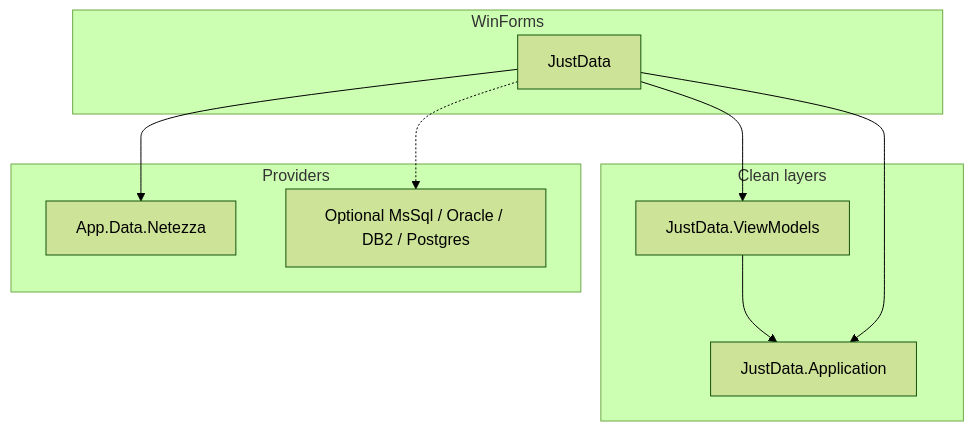
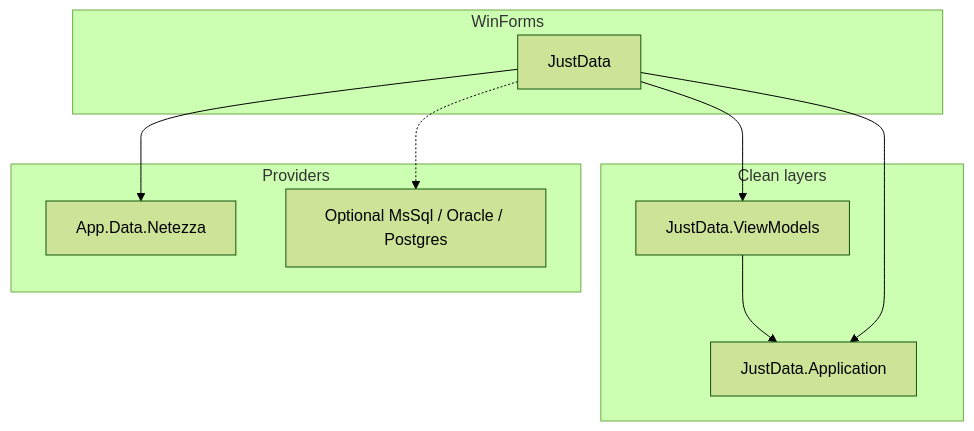
One commit to justybase/JustyBase.Legacy changed the diagram in README.md. Above: the diagram before and after it, drawn with Mermaid (forest theme). The commit also changed other lines of this file and 66 other files, not shown here.

Commit message:
Complete DB2 MVVM schema parity

````diff
--- a/README.md
+++ b/README.md
@@ -79,22 +79,22 @@
 ```mermaid
 flowchart TB
   subgraph clean [Clean layers]
     JA[JustData.Application]
     JVM[JustData.ViewModels]
   end
 
   subgraph ui [WinForms]
     JD[JustData]
   end
 
   subgraph providers [Providers]
     NZ[App.Data.Netezza]
-    OPT[Optional MsSql / Oracle / DB2 / Postgres]
+    OPT[Optional MsSql / Oracle / Postgres]
   end
 
   JVM --> JA
   JD --> JVM
   JD --> JA
   JD --> NZ
   JD -.-> OPT
 ```
````
